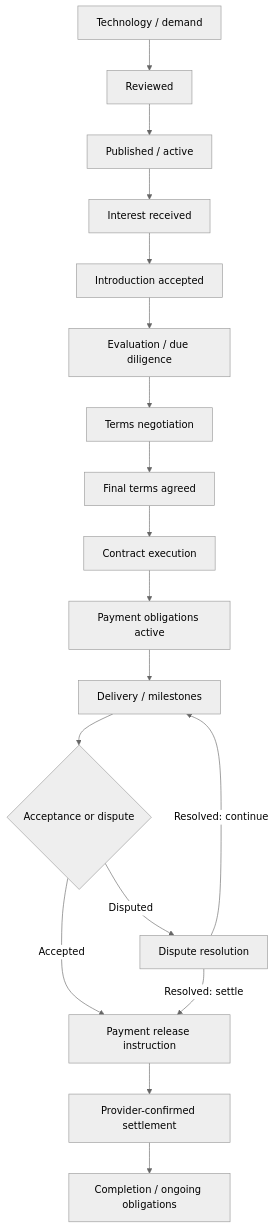
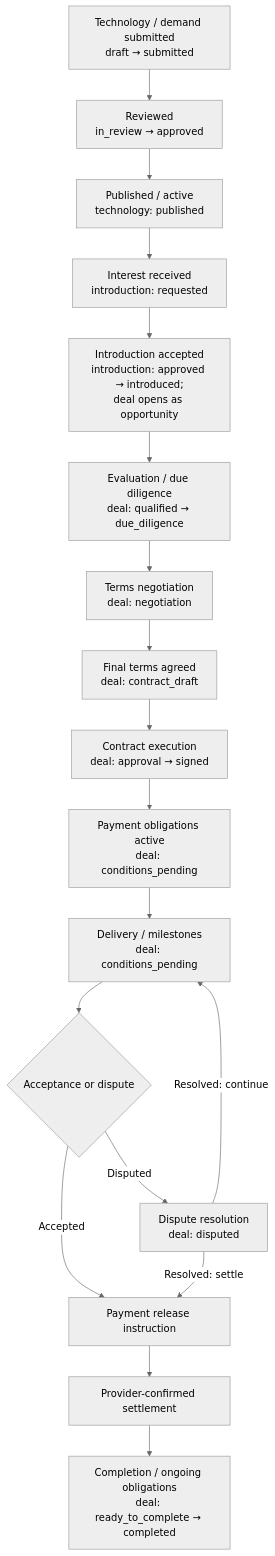
Diagram 11 of 12 in 07-roles-workflows-and-money.md (greensoft-atom/tex-platform), drawn with Mermaid (neutral theme) before and after one commit. The commit also changed other lines of this file and 615 other files, not shown here.

````diff
--- a/07-roles-workflows-and-money.md
+++ b/07-roles-workflows-and-money.md
@@ -471,20 +590,20 @@
 ```mermaid
 flowchart TD
-    A["Technology / demand"] --> B["Reviewed"]
-    B --> C["Published / active"]
-    C --> D["Interest received"]
-    D --> E["Introduction accepted"]
-    E --> F["Evaluation / due diligence"]
-    F --> G["Terms negotiation"]
-    G --> H["Final terms agreed"]
-    H --> I["Contract execution"]
-    I --> J["Payment obligations active"]
-    J --> K["Delivery / milestones"]
+    A["Technology / demand submitted<br/>draft → submitted"] --> B["Reviewed<br/>in_review → approved"]
+    B --> C["Published / active<br/>technology: published"]
+    C --> D["Interest received<br/>introduction: requested"]
+    D --> E["Introduction accepted<br/>introduction: approved → introduced;<br/>deal opens as opportunity"]
+    E --> F["Evaluation / due diligence<br/>deal: qualified → due_diligence"]
+    F --> G["Terms negotiation<br/>deal: negotiation"]
+    G --> H["Final terms agreed<br/>deal: contract_draft"]
+    H --> I["Contract execution<br/>deal: approval → signed"]
+    I --> J["Payment obligations active<br/>deal: conditions_pending"]
+    J --> K["Delivery / milestones<br/>deal: conditions_pending"]
     K --> L{"Acceptance or dispute"}
     L -->|"Accepted"| M["Payment release instruction"]
-    L -->|"Disputed"| N["Dispute resolution"]
+    L -->|"Disputed"| N["Dispute resolution<br/>deal: disputed"]
     N -->|"Resolved: continue"| K
     N -->|"Resolved: settle"| M
     M --> O["Provider-confirmed settlement"]
-    O --> P["Completion / ongoing obligations"]
+    O --> P["Completion / ongoing obligations<br/>deal: ready_to_complete → completed"]
 ```
````
